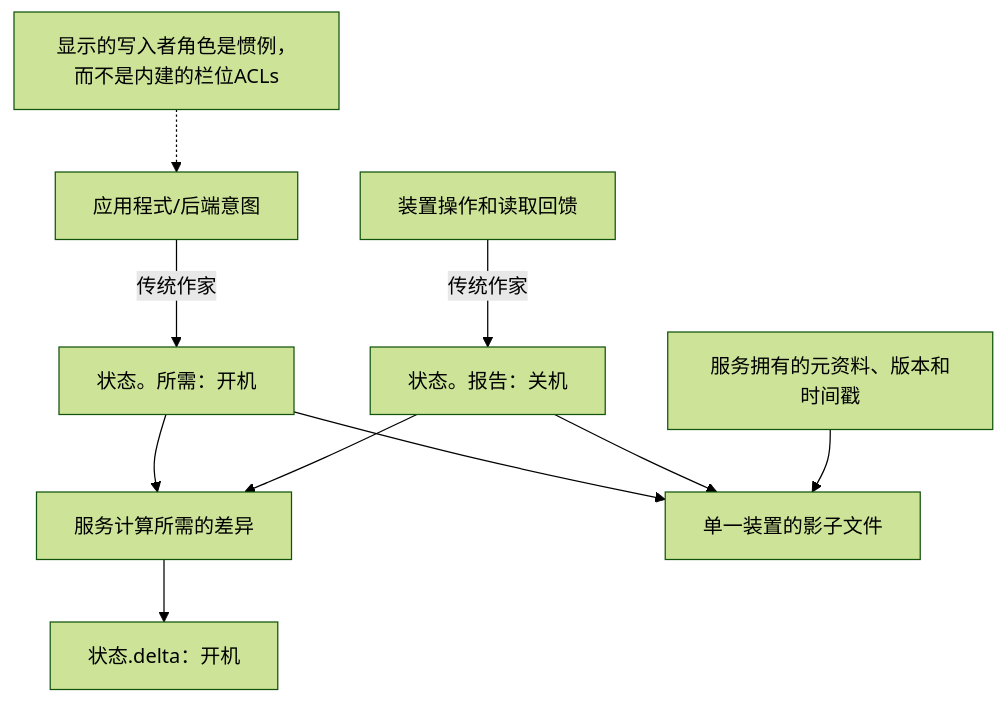
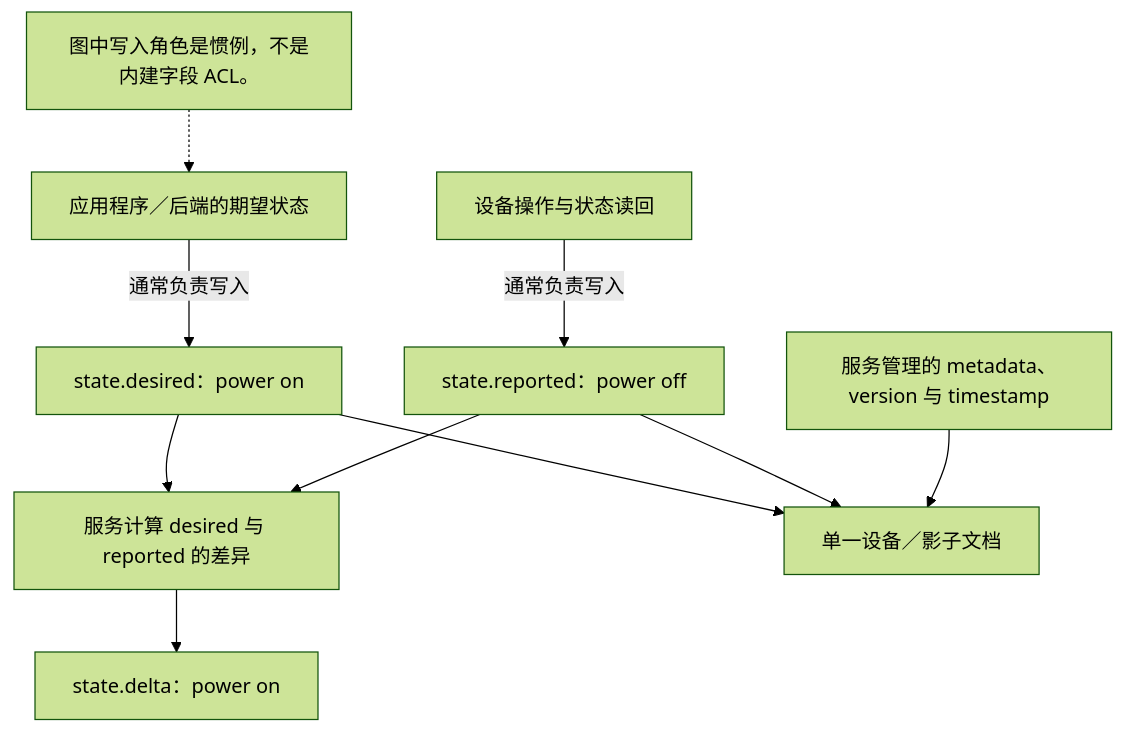
Before and after one commit to hkt999rtk/rtk_cloud_admin: the diagram in web/content/developer-docs/assets/shadow-document-model.zh-CN.mmd, drawn with Mermaid (forest theme). The commit also changed 178 other files, not shown here.

```diff
--- a/web/content/developer-docs/assets/shadow-document-model.zh-CN.mmd
+++ b/web/content/developer-docs/assets/shadow-document-model.zh-CN.mmd
@@ -1,10 +1,10 @@
 flowchart TB
-    App["应用程式/后端意图"] -->|"传统作家"| Desired["状态。所需：开机"]
-    Hardware["装置操作和读取回馈"] -->|"传统作家"| Reported["状态。报告：关机"]
-    Desired --> Difference["服务计算所需的差异"]
+    App["应用程序／后端的期望状态"] -->|"通常负责写入"| Desired["state.desired：power on"]
+    Hardware["设备操作与状态读回"] -->|"通常负责写入"| Reported["state.reported：power off"]
+    Desired --> Difference["服务计算 desired 与 reported 的差异"]
     Reported --> Difference
-    Difference --> Delta["状态.delta：开机"]
-    Desired --> Stored["单一装置的影子文件"]
+    Difference --> Delta["state.delta：power on"]
+    Desired --> Stored["单一设备／影子文档"]
     Reported --> Stored
-    Service["服务拥有的元资料、版本和时间戳"] --> Stored
-    Note["显示的写入者角色是惯例，而不是内建的栏位ACLs"] -.-> App
+    Service["服务管理的 metadata、version 与 timestamp"] --> Stored
+    Note["图中写入角色是惯例，不是内建字段 ACL。"] -.-> App
```
